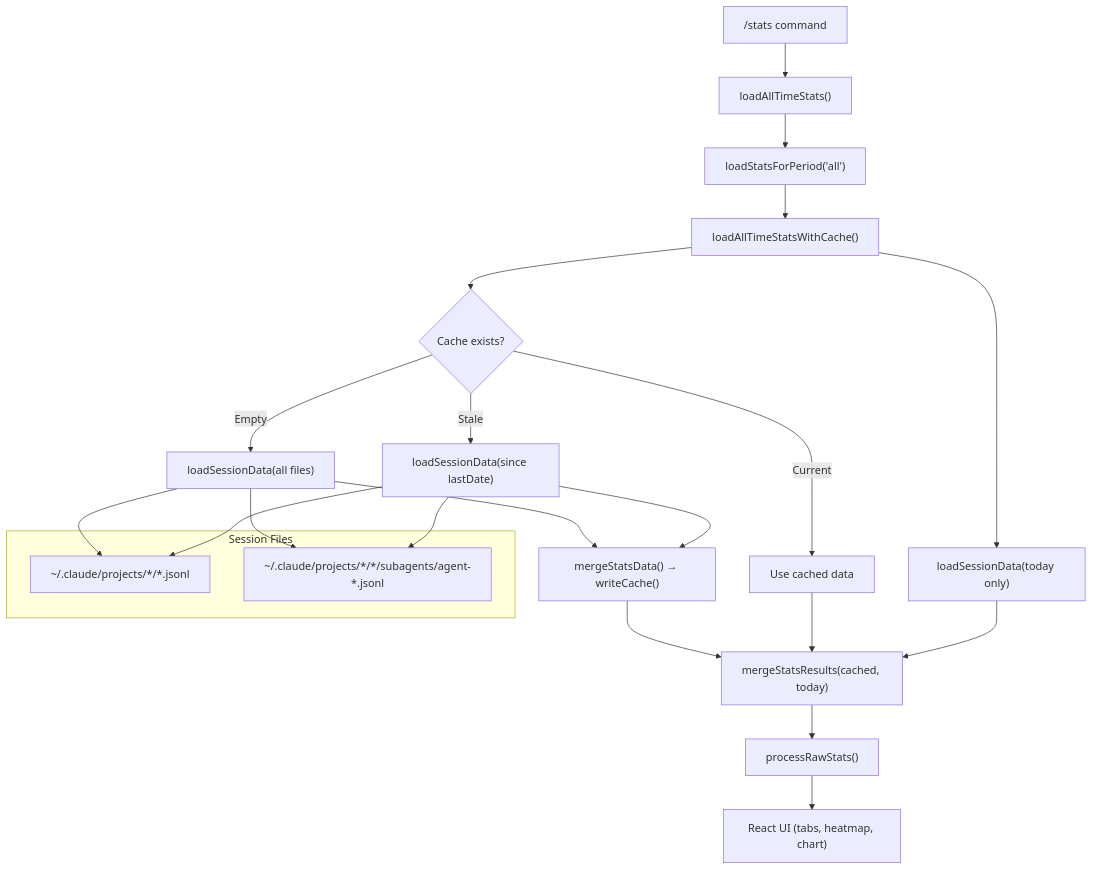
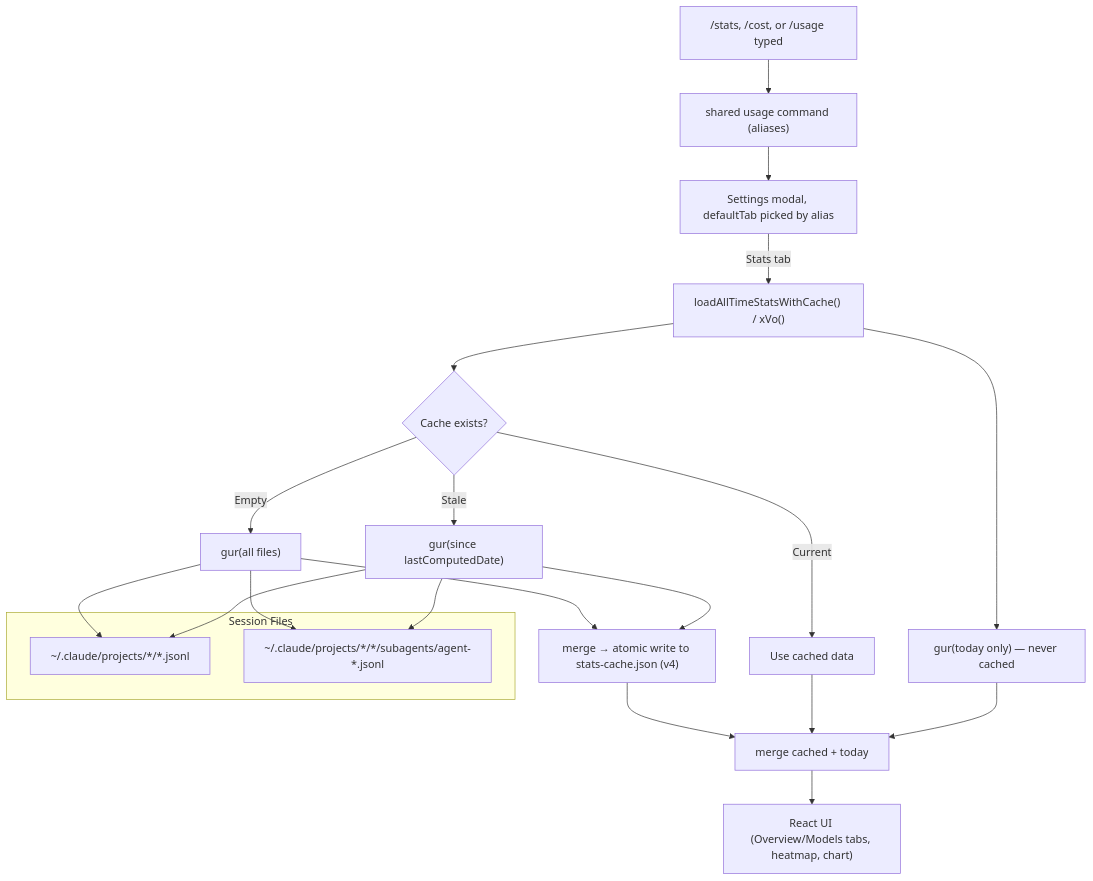
One commit to Prajwalsrinvas/claude-code-reverse-engineering changed the first of 2 diagrams in deep-dives/stats-and-context/README.md. Above: the diagram before and after it, drawn with Mermaid. The commit also changed other lines of this file and 7 other files, not shown here.

````diff
--- a/deep-dives/stats-and-context/README.md
+++ b/deep-dives/stats-and-context/README.md
@@ -301,28 +351,27 @@
 ```mermaid
 graph TD
-    A["/stats command"] --> B["loadAllTimeStats()"]
-    B --> C["loadStatsForPeriod('all')"]
-    C --> D["loadAllTimeStatsWithCache()"]
+    A["/stats, /cost, or /usage typed"] --> B["shared usage command (aliases)"]
+    B --> C["Settings modal, defaultTab picked by alias"]
+    C -->|Stats tab| D["loadAllTimeStatsWithCache() / xVo()"]
     D --> E{"Cache exists?"}
-    E -->|Empty| F["loadSessionData(all files)"]
-    E -->|Stale| G["loadSessionData(since lastDate)"]
+    E -->|Empty| F["gur(all files)"]
+    E -->|Stale| G["gur(since lastComputedDate)"]
     E -->|Current| H["Use cached data"]
-    F --> I["mergeStatsData() → writeCache()"]
+    F --> I["merge → atomic write to stats-cache.json (v4)"]
     G --> I
-    D --> J["loadSessionData(today only)"]
-    I --> K["mergeStatsResults(cached, today)"]
+    D --> J["gur(today only) — never cached"]
+    I --> K["merge cached + today"]
     H --> K
     J --> K
-    K --> L["processRawStats()"]
-    L --> M["React UI (tabs, heatmap, chart)"]
+    K --> L["React UI (Overview/Models tabs, heatmap, chart)"]
 
     subgraph "Session Files"
         N["~/.claude/projects/*/*.jsonl"]
         O["~/.claude/projects/*/*/subagents/agent-*.jsonl"]
     end
 
     F --> N
     F --> O
     G --> N
     G --> O
 ```
````
